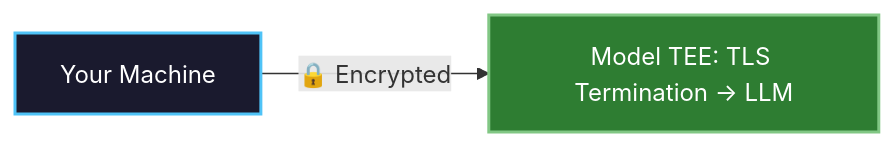
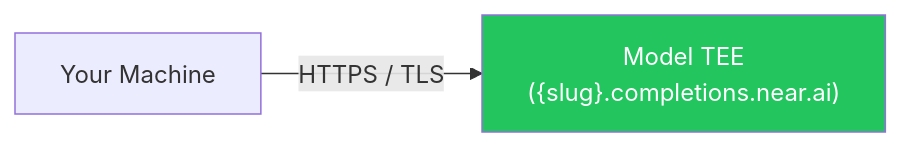
One commit to nearai/docs changed the second of 2 diagrams in cloud/private-inference.mdx. Above: the diagram before and after it, drawn with Mermaid. The commit also changed other lines of this file and 29 other files, not shown here.

````diff
--- a/cloud/private-inference.mdx
+++ b/cloud/private-inference.mdx
@@ -72,7 +57,5 @@
 ```mermaid
 flowchart LR
-    A["Your Machine"] -->|"🔒 Encrypted"| C["Model TEE: TLS Termination → LLM"]
-
-    style A fill:#1a1a2e,stroke:#4fc3f7,stroke-width:2px,color:#fff
-    style C fill:#2e7d32,stroke:#81c784,stroke-width:2px,color:#fff
+    A["Your Machine"] -->|"HTTPS / TLS"| C["Model TEE\n({slug}.completions.near.ai)"]
+    style C fill:#22c55e,color:#fff
 ```
````
